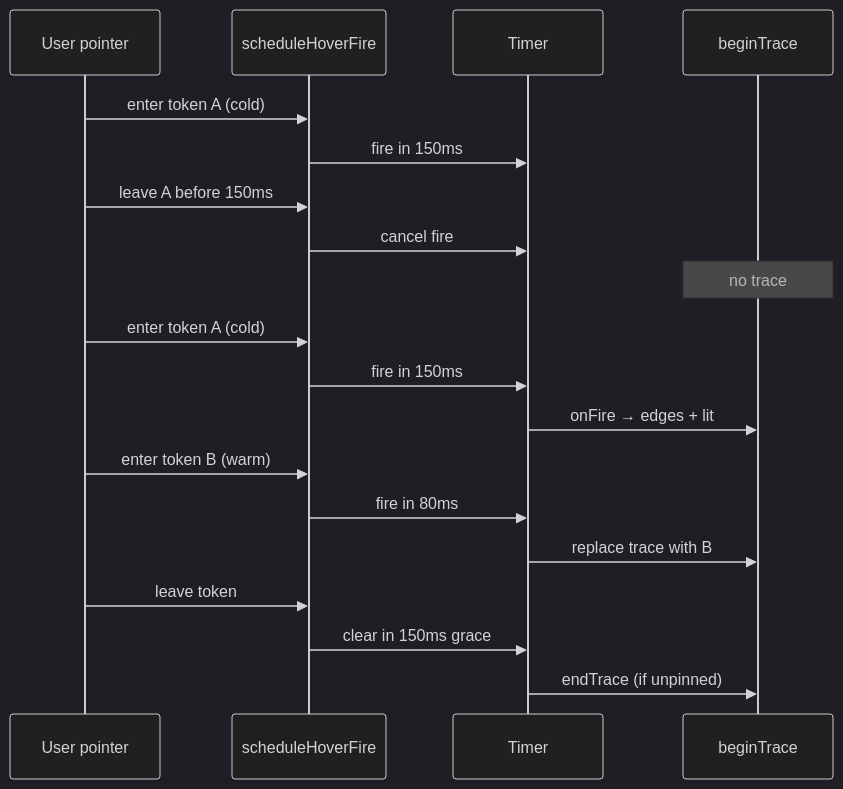
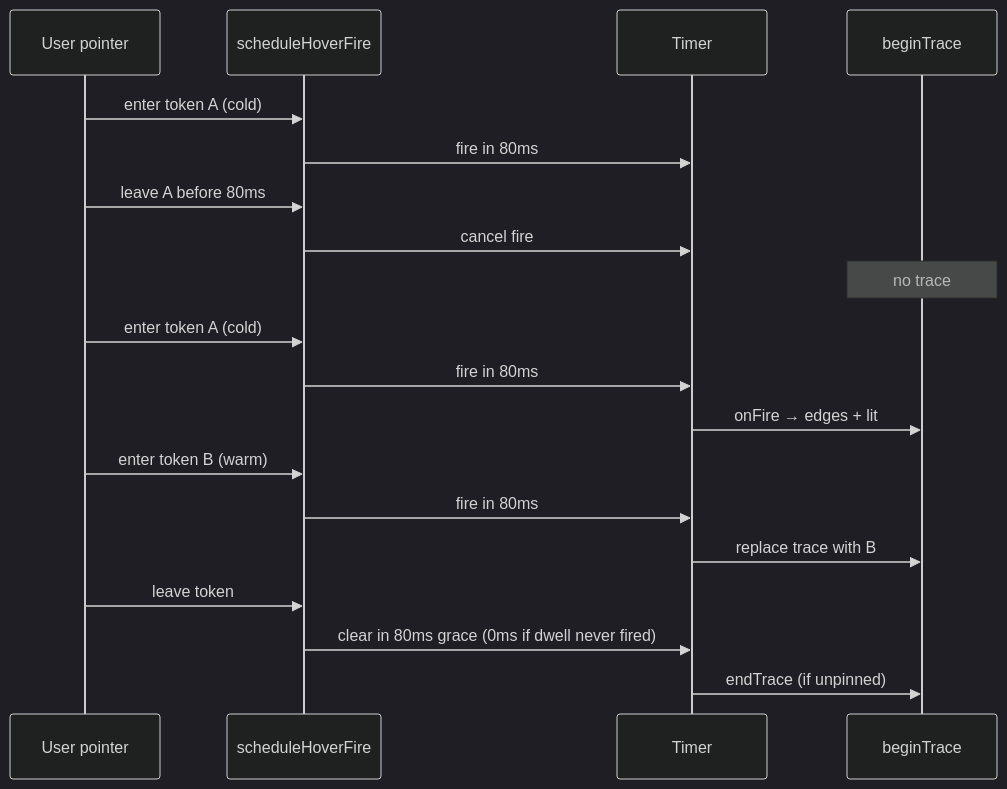
Before and after one commit to matkleve/codegrapher: the second of 13 diagrams in docs/specs/system/preview-edges.interactions.supplement.md, drawn with Mermaid (dark theme). The commit also changed other lines of this file and 26 other files, not shown here.

````diff
--- a/docs/specs/system/preview-edges.interactions.supplement.md
+++ b/docs/specs/system/preview-edges.interactions.supplement.md
@@ -48,24 +48,24 @@
 ```mermaid
 sequenceDiagram
   participant U as User pointer
   participant H as scheduleHoverFire
   participant T as Timer
   participant B as beginTrace
 
   U->>H: enter token A (cold)
-  H->>T: fire in 150ms
-  U->>H: leave A before 150ms
+  H->>T: fire in 80ms
+  U->>H: leave A before 80ms
   H->>T: cancel fire
   Note over B: no trace
 
   U->>H: enter token A (cold)
-  H->>T: fire in 150ms
+  H->>T: fire in 80ms
   T->>B: onFire → edges + lit
   U->>H: enter token B (warm)
   H->>T: fire in 80ms
   T->>B: replace trace with B
 
   U->>H: leave token
-  H->>T: clear in 150ms grace
+  H->>T: clear in 80ms grace (0ms if dwell never fired)
   T->>B: endTrace (if unpinned)
 ```
````
